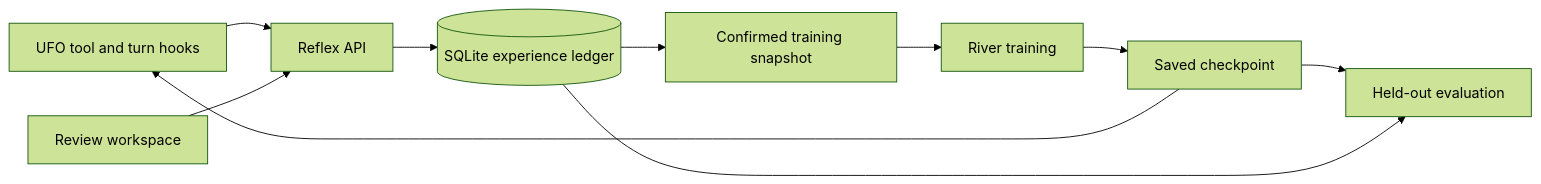
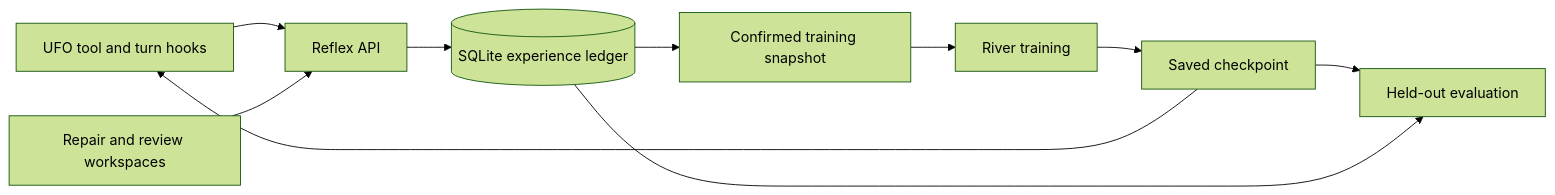
One commit to ankitshah009/Reflex_own_intelligence_hack changed the diagram in README.md. Above: the diagram before and after it, drawn with Mermaid (forest theme). The commit also changed other lines of this file and 34 other files, not shown here.

````diff
--- a/README.md
+++ b/README.md
@@ -56,12 +80,12 @@
 ```mermaid
 flowchart LR
     U[UFO tool and turn hooks] --> A[Reflex API]
-    UI[Review workspace] --> A
+    UI[Repair and review workspaces] --> A
     A --> DB[(SQLite experience ledger)]
     DB --> D[Confirmed training snapshot]
     D --> R[River training]
     R --> C[Saved checkpoint]
     C --> U
     C --> E[Held-out evaluation]
     DB --> E
 ```
````
